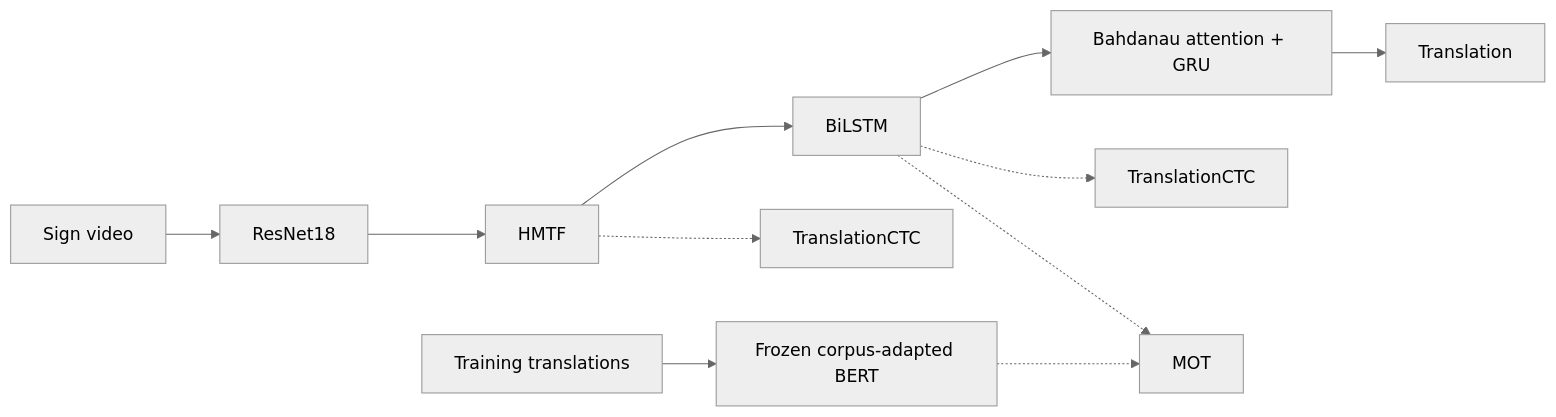
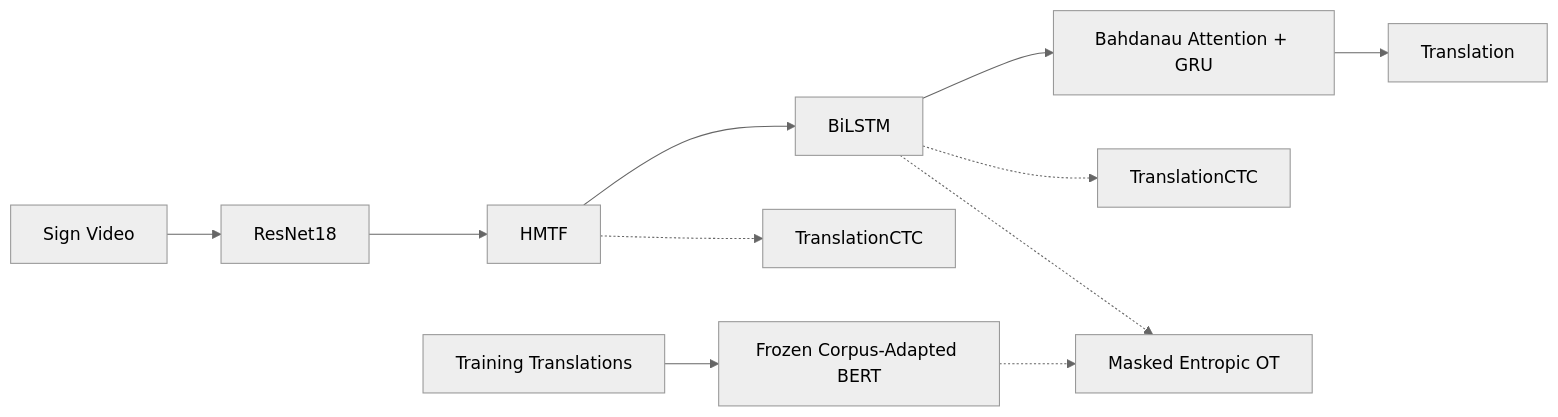
Before and after one commit to pallapumohankrishna/TransAlign-SLT: the diagram in README.md, drawn with Mermaid (neutral theme). The commit also changed other lines of this file, not shown here.

````diff
--- a/README.md
+++ b/README.md
@@ -26,13 +42,15 @@
 ```mermaid
 flowchart LR
-    V["Sign video"] --> R["ResNet18"]
+    V["Sign Video"] --> R["ResNet18"]
     R --> H["HMTF"]
     H --> B["BiLSTM"]
-    B --> D["Bahdanau attention + GRU"]
+    B --> D["Bahdanau Attention + GRU"]
     D --> Y["Translation"]
+
     H -.-> C1["TranslationCTC"]
     B -.-> C2["TranslationCTC"]
-    T["Training translations"] --> E["Frozen corpus-adapted BERT"]
-    E -.-> O["MOT"]
+
+    T["Training Translations"] --> E["Frozen Corpus-Adapted BERT"]
+    E -.-> O["Masked Entropic OT"]
     B -.-> O
 ```
````
